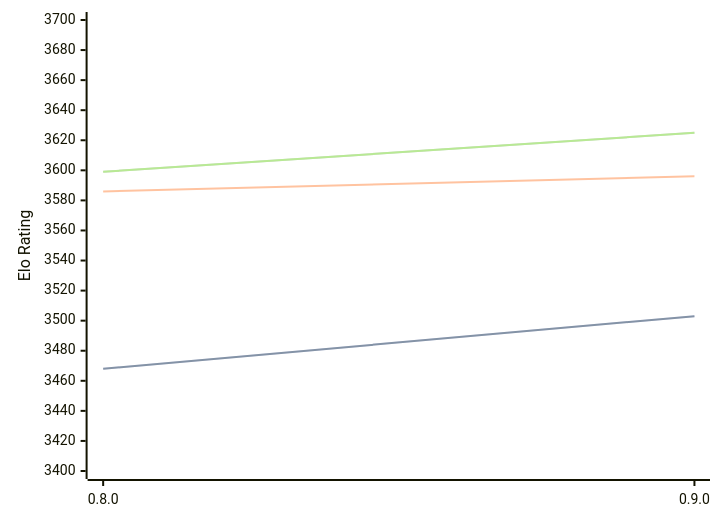
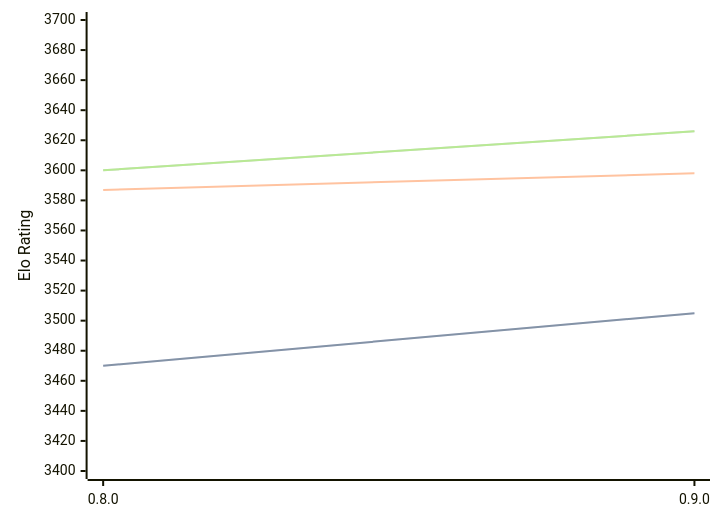
One commit to computer-chess-index/cci changed the diagram in engines/Reckless.md. Above: the diagram before and after it, drawn with Mermaid. The commit also changed other lines of this file, not shown here.

Commit message:
Update CCI Ratings (ELO VLTC) - 2026-04-13

````diff
--- a/engines/Reckless.md
+++ b/engines/Reckless.md
@@ -39,11 +39,11 @@
 ```mermaid
 %%{init: {"theme":"base","themeVariables":{"seriesColors:['#a3a3a3','#222221','#faa371']}}}%%
 xychart-beta
   x-axis ["0.8.0", "0.9.0"]
   y-axis "Elo Rating" 3400 --> 3700
-  line "STC (8.0+0.08s)" [3468, 3503]
-  line "STC (8.0+0.08s)" [3468, 3503]
-  line "LTC (60.0+0.60s)" [3586, 3596]
-  line "VLTC (2m24s+1.12s)" [3599, 3625]
-  line "VLTC (2m24s+1.12s)" [3599, 3625]
+  line "STC (8.0+0.08s)" [3470, 3505]
+  line "STC (8.0+0.08s)" [3470, 3505]
+  line "LTC (60.0+0.60s)" [3587, 3598]
+  line "VLTC (2m24s+1.12s)" [3600, 3626]
+  line "VLTC (2m24s+1.12s)" [3600, 3626]
 ```
````
